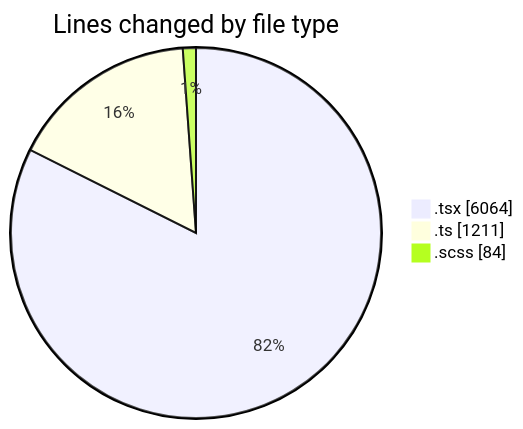
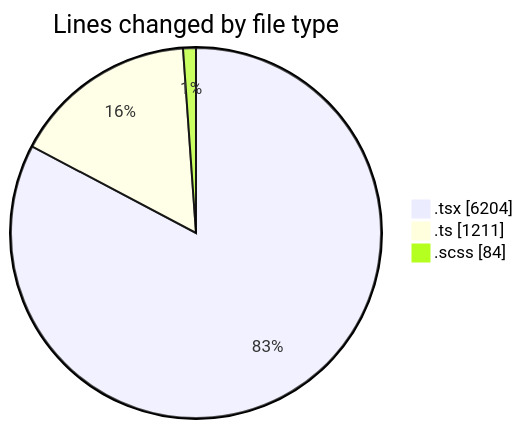
One commit to momahboobian/code-tracking changed the first of 2 diagrams in 2025-07-02/cda/README.md. Above: the diagram before and after it, drawn with Mermaid. The commit also changed other lines of this file and 1 other file, not shown here.

````diff
--- a/2025-07-02/cda/README.md
+++ b/2025-07-02/cda/README.md
@@ -37,7 +38,7 @@
 ```mermaid
 pie showData
 title Lines changed by file type
-".tsx" : 6064
+".tsx" : 6204
 ".ts" : 1211
 ".scss" : 84
 ```
````
